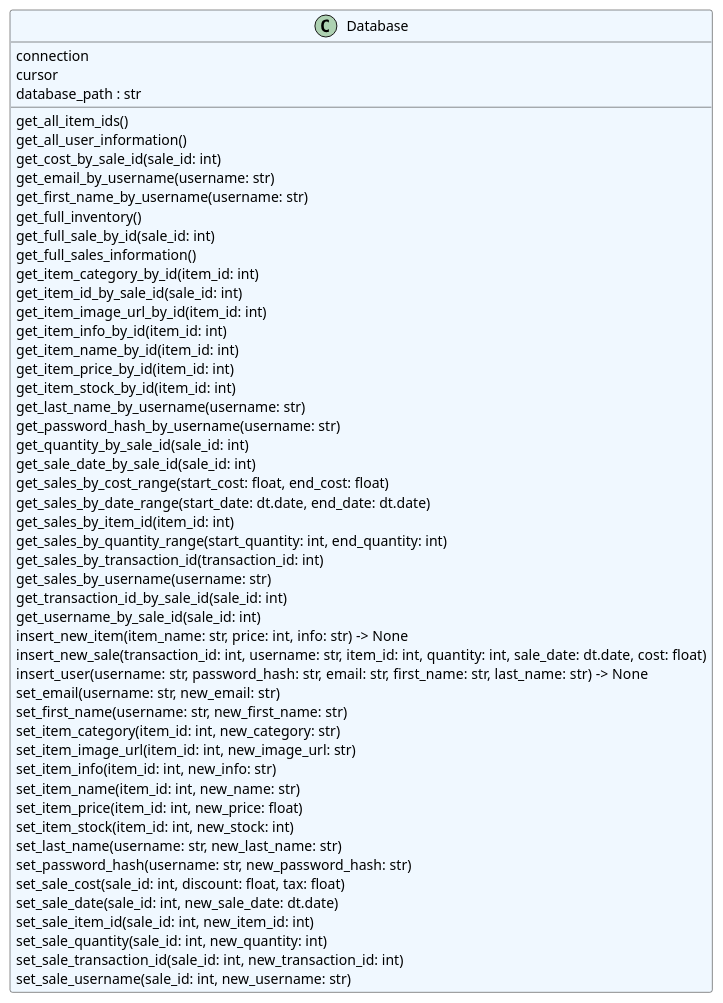
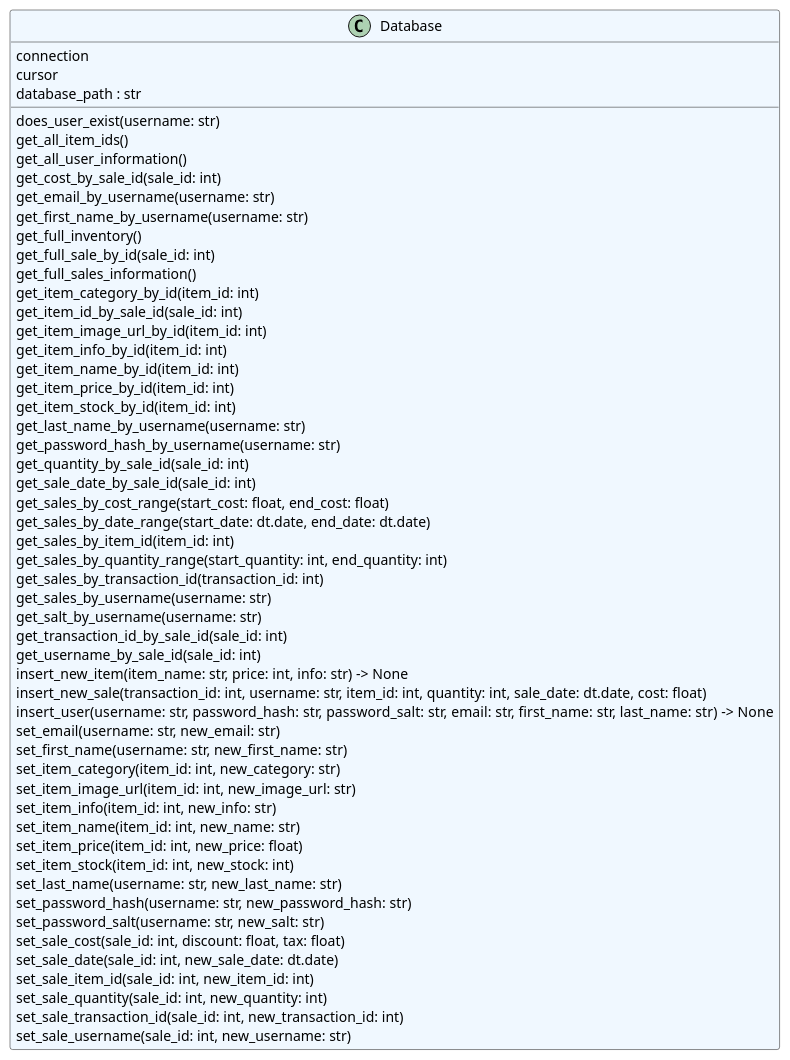
Before and after one commit to david-gary/onlineStoreTemplate: the diagram in database/classes.puml, drawn with PlantUML. The commit also changed 3 other files, not shown here.

```diff
--- a/database/classes.puml
+++ b/database/classes.puml
@@ -1,54 +1,57 @@
 @startuml classes
 set namespaceSeparator none
 class "Database" as database.db.Database #aliceblue {
   connection
   cursor
   database_path : str
+  does_user_exist(username: str)
   get_all_item_ids()
   get_all_user_information()
   get_cost_by_sale_id(sale_id: int)
   get_email_by_username(username: str)
   get_first_name_by_username(username: str)
   get_full_inventory()
   get_full_sale_by_id(sale_id: int)
   get_full_sales_information()
   get_item_category_by_id(item_id: int)
   get_item_id_by_sale_id(sale_id: int)
   get_item_image_url_by_id(item_id: int)
   get_item_info_by_id(item_id: int)
   get_item_name_by_id(item_id: int)
   get_item_price_by_id(item_id: int)
   get_item_stock_by_id(item_id: int)
   get_last_name_by_username(username: str)
   get_password_hash_by_username(username: str)
   get_quantity_by_sale_id(sale_id: int)
   get_sale_date_by_sale_id(sale_id: int)
   get_sales_by_cost_range(start_cost: float, end_cost: float)
   get_sales_by_date_range(start_date: dt.date, end_date: dt.date)
   get_sales_by_item_id(item_id: int)
   get_sales_by_quantity_range(start_quantity: int, end_quantity: int)
   get_sales_by_transaction_id(transaction_id: int)
   get_sales_by_username(username: str)
+  get_salt_by_username(username: str)
   get_transaction_id_by_sale_id(sale_id: int)
   get_username_by_sale_id(sale_id: int)
   insert_new_item(item_name: str, price: int, info: str) -> None
   insert_new_sale(transaction_id: int, username: str, item_id: int, quantity: int, sale_date: dt.date, cost: float)
-  insert_user(username: str, password_hash: str, email: str, first_name: str, last_name: str) -> None
+  insert_user(username: str, password_hash: str, password_salt: str, email: str, first_name: str, last_name: str) -> None
   set_email(username: str, new_email: str)
   set_first_name(username: str, new_first_name: str)
   set_item_category(item_id: int, new_category: str)
   set_item_image_url(item_id: int, new_image_url: str)
   set_item_info(item_id: int, new_info: str)
   set_item_name(item_id: int, new_name: str)
   set_item_price(item_id: int, new_price: float)
   set_item_stock(item_id: int, new_stock: int)
   set_last_name(username: str, new_last_name: str)
   set_password_hash(username: str, new_password_hash: str)
+  set_password_salt(username: str, new_salt: str)
   set_sale_cost(sale_id: int, discount: float, tax: float)
   set_sale_date(sale_id: int, new_sale_date: dt.date)
   set_sale_item_id(sale_id: int, new_item_id: int)
   set_sale_quantity(sale_id: int, new_quantity: int)
   set_sale_transaction_id(sale_id: int, new_transaction_id: int)
   set_sale_username(sale_id: int, new_username: str)
 }
 @enduml
```
